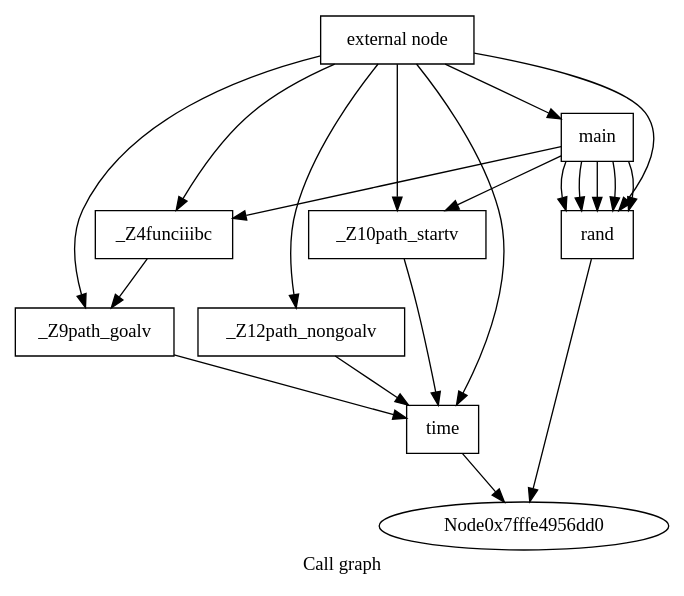
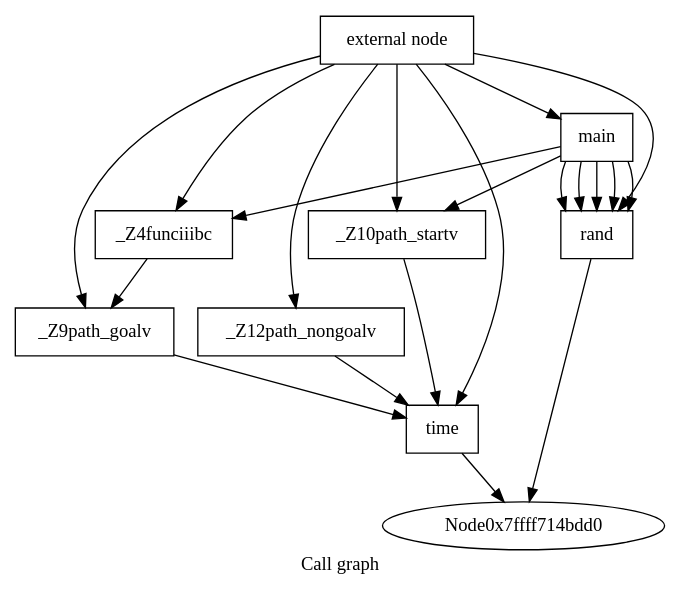
The diagram in ghidrall/comparator/call_results/callgraph.dot (toor-de-force/ghidrall), drawn with Graphviz before and after one commit. The commit also changed 15 other files, not shown here.

```diff
--- a/ghidrall/comparator/call_results/callgraph.dot
+++ b/ghidrall/comparator/call_results/callgraph.dot
@@ -1,32 +1,32 @@
 digraph "Call graph" {
 	label="Call graph";
 
-	Node0x7fffe4956630 [shape=record,label="{external node}"];
-	Node0x7fffe4956630 -> Node0x7fffe4956e40;
-	Node0x7fffe4956630 -> Node0x7fffe4956ee0;
-	Node0x7fffe4956630 -> Node0x7fffe4956fd0;
-	Node0x7fffe4956630 -> Node0x7fffe4957070;
-	Node0x7fffe4956630 -> Node0x7fffe4957540;
-	Node0x7fffe4956630 -> Node0x7fffe49576f0;
-	Node0x7fffe4956630 -> Node0x7fffe4957790;
-	Node0x7fffe4956e40 [shape=record,label="{_Z10path_startv}"];
-	Node0x7fffe4956e40 -> Node0x7fffe4956ee0;
-	Node0x7fffe4956ee0 [shape=record,label="{time}"];
-	Node0x7fffe4956ee0 -> Node0x7fffe4956dd0;
-	Node0x7fffe4956fd0 [shape=record,label="{_Z9path_goalv}"];
-	Node0x7fffe4956fd0 -> Node0x7fffe4956ee0;
-	Node0x7fffe4957070 [shape=record,label="{_Z12path_nongoalv}"];
-	Node0x7fffe4957070 -> Node0x7fffe4956ee0;
-	Node0x7fffe4957540 [shape=record,label="{_Z4funciiibc}"];
-	Node0x7fffe4957540 -> Node0x7fffe4956fd0;
-	Node0x7fffe49576f0 [shape=record,label="{main}"];
-	Node0x7fffe49576f0 -> Node0x7fffe4956e40;
-	Node0x7fffe49576f0 -> Node0x7fffe4957790;
-	Node0x7fffe49576f0 -> Node0x7fffe4957790;
-	Node0x7fffe49576f0 -> Node0x7fffe4957790;
-	Node0x7fffe49576f0 -> Node0x7fffe4957790;
-	Node0x7fffe49576f0 -> Node0x7fffe4957790;
-	Node0x7fffe49576f0 -> Node0x7fffe4957540;
-	Node0x7fffe4957790 [shape=record,label="{rand}"];
-	Node0x7fffe4957790 -> Node0x7fffe4956dd0;
+	Node0x7ffff714b630 [shape=record,label="{external node}"];
+	Node0x7ffff714b630 -> Node0x7ffff714be40;
+	Node0x7ffff714b630 -> Node0x7ffff714bee0;
+	Node0x7ffff714b630 -> Node0x7ffff714bfd0;
+	Node0x7ffff714b630 -> Node0x7ffff714c070;
+	Node0x7ffff714b630 -> Node0x7ffff714c540;
+	Node0x7ffff714b630 -> Node0x7ffff714c6f0;
+	Node0x7ffff714b630 -> Node0x7ffff714c790;
+	Node0x7ffff714be40 [shape=record,label="{_Z10path_startv}"];
+	Node0x7ffff714be40 -> Node0x7ffff714bee0;
+	Node0x7ffff714bee0 [shape=record,label="{time}"];
+	Node0x7ffff714bee0 -> Node0x7ffff714bdd0;
+	Node0x7ffff714bfd0 [shape=record,label="{_Z9path_goalv}"];
+	Node0x7ffff714bfd0 -> Node0x7ffff714bee0;
+	Node0x7ffff714c070 [shape=record,label="{_Z12path_nongoalv}"];
+	Node0x7ffff714c070 -> Node0x7ffff714bee0;
+	Node0x7ffff714c540 [shape=record,label="{_Z4funciiibc}"];
+	Node0x7ffff714c540 -> Node0x7ffff714bfd0;
+	Node0x7ffff714c6f0 [shape=record,label="{main}"];
+	Node0x7ffff714c6f0 -> Node0x7ffff714be40;
+	Node0x7ffff714c6f0 -> Node0x7ffff714c790;
+	Node0x7ffff714c6f0 -> Node0x7ffff714c790;
+	Node0x7ffff714c6f0 -> Node0x7ffff714c790;
+	Node0x7ffff714c6f0 -> Node0x7ffff714c790;
+	Node0x7ffff714c6f0 -> Node0x7ffff714c790;
+	Node0x7ffff714c6f0 -> Node0x7ffff714c540;
+	Node0x7ffff714c790 [shape=record,label="{rand}"];
+	Node0x7ffff714c790 -> Node0x7ffff714bdd0;
 }
```
